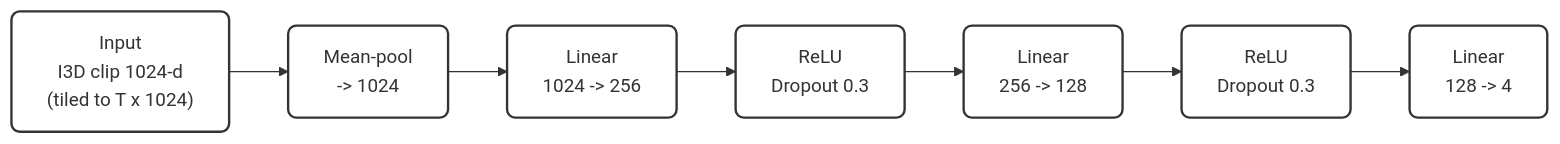
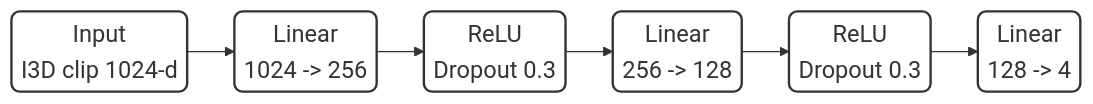
One commit to hoa2004st/CNN-in-CMOSE changed the eighth of 12 diagrams in documents/thesis/diagrams_mermaid.md. Above: the diagram before and after it, drawn with Mermaid. The commit also changed other lines of this file and 29 other files, not shown here.

Commit message:
re-draw diagram, remove line wrap

````diff
--- a/documents/thesis/diagrams_mermaid.md
+++ b/documents/thesis/diagrams_mermaid.md
@@ -152,10 +228,15 @@
 ```mermaid
+---
+config:
+  themeVariables:
+    fontSize: 20px
+  flowchart:
+    padding: 4
+    nodeSpacing: 30
+    rankSpacing: 40
+---
 flowchart LR
-    A["Input\nI3D clip 1024-d\n(tiled to T x 1024)"] --> B["Mean-pool\n-> 1024"]
-    B --> C["Linear\n1024 -> 256"]
-    C --> D["ReLU\nDropout 0.3"]
-    D --> E["Linear\n256 -> 128"]
-    E --> F["ReLU\nDropout 0.3"]
-    F --> G["Linear\n128 -> 4"]
+    A["Input\nI3D clip 1024-d"] --> C["Linear\n1024 -> 256"] --> D["ReLU\nDropout 0.3"]
+    D --> E["Linear\n256 -> 128"] --> F["ReLU\nDropout 0.3"] --> G["Linear\n128 -> 4"]
     classDef default fill:#ffffff,stroke:#333,stroke-width:2px,rx:7px,ry:7px
 ```
````
